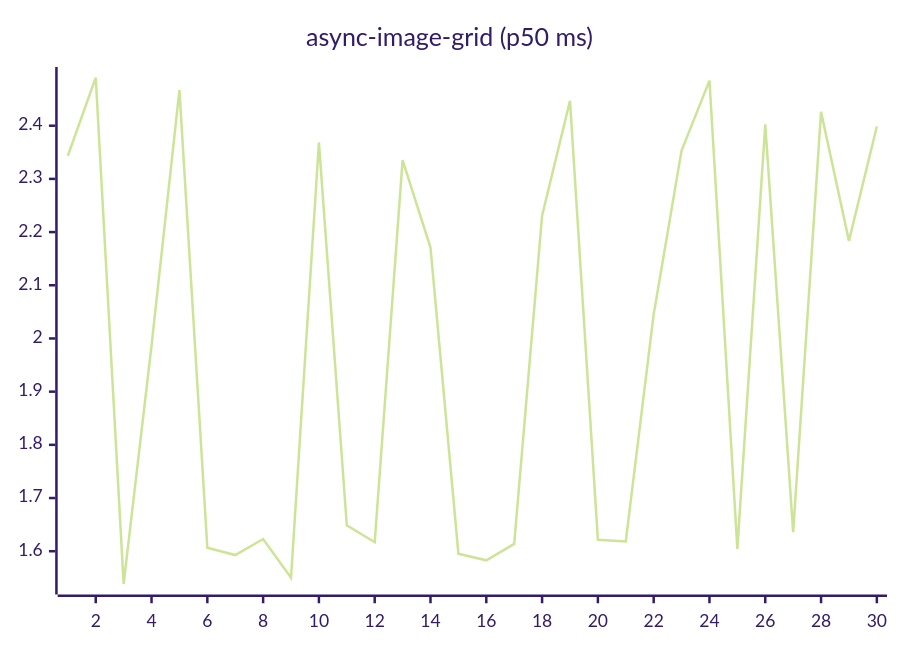
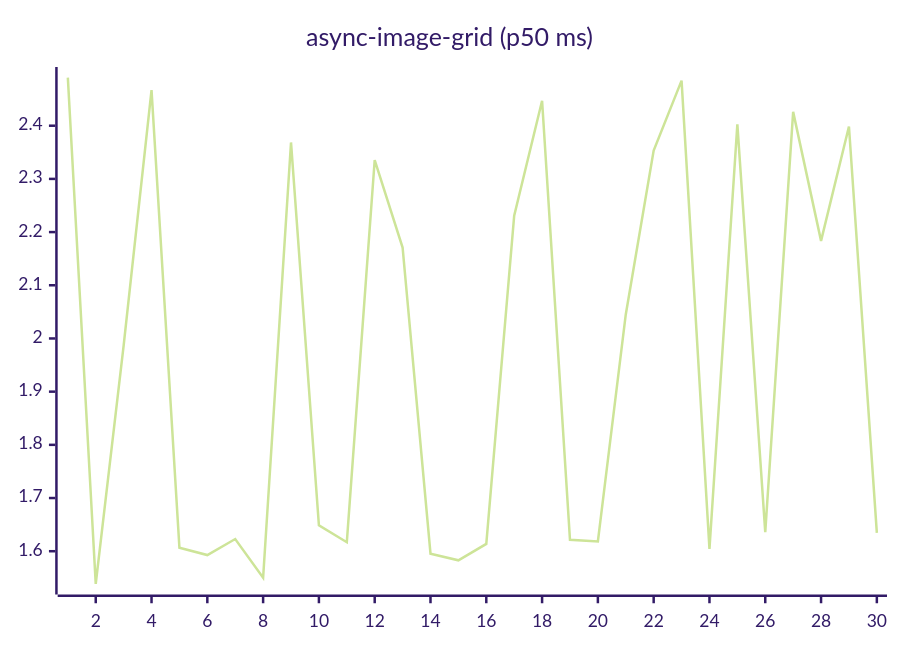
The fifth of 27 diagrams in README.md (josha/Facet), drawn with Mermaid (forest theme) before and after one commit. The commit also changed other lines of this file and 2 other files, not shown here.

````diff
--- a/README.md
+++ b/README.md
@@ -91,6 +91,6 @@
 ```mermaid
 xychart-beta
     title "async-image-grid (p50 ms)"
     x-axis 1 --> 30
-    line [2.3435, 2.4904, 1.5386, 1.9864, 2.4670, 1.6066, 1.5928, 1.6229, 1.5501, 2.3685, 1.6487, 1.6169, 2.3355, 2.1710, 1.5954, 1.5829, 1.6137, 2.2308, 2.4470, 1.6216, 1.6184, 2.0452, 2.3531, 2.4847, 1.6045, 2.4025, 1.6357, 2.4260, 2.1835, 2.3985]
+    line [2.4904, 1.5386, 1.9864, 2.4670, 1.6066, 1.5928, 1.6229, 1.5501, 2.3685, 1.6487, 1.6169, 2.3355, 2.1710, 1.5954, 1.5829, 1.6137, 2.2308, 2.4470, 1.6216, 1.6184, 2.0452, 2.3531, 2.4847, 1.6045, 2.4025, 1.6357, 2.4260, 2.1835, 2.3985, 1.6346]
 ```
````
